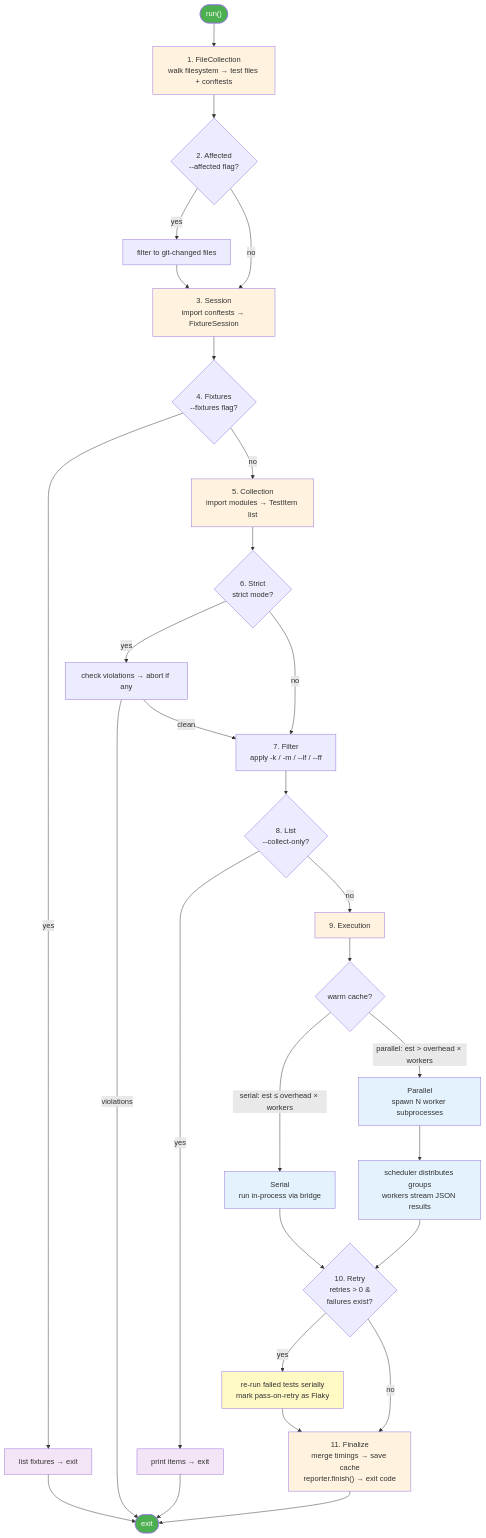
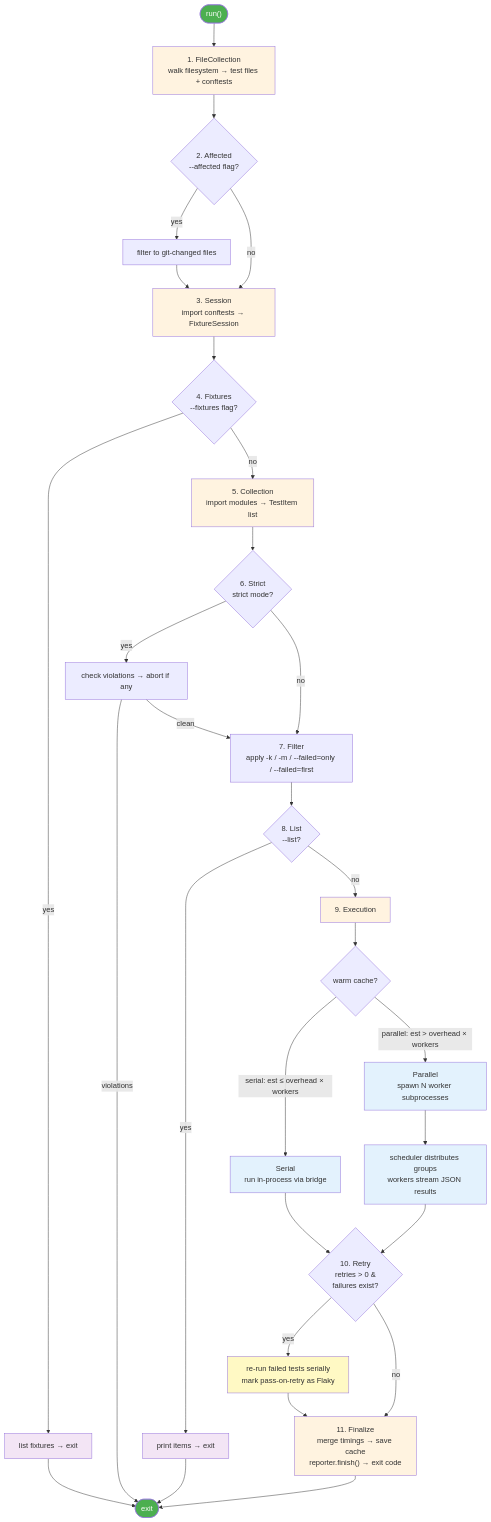
The second of 2 diagrams in docs/src/contributing/architecture.md (kalonji-tools/oxitest), drawn with Mermaid before and after one commit. The commit also changed other lines of this file and 7 other files, not shown here.

First line of the commit message:
docs: fix CLI reference, errors.md examples, architecture flags, and more

````diff
--- a/docs/src/contributing/architecture.md
+++ b/docs/src/contributing/architecture.md
@@ -103,71 +103,71 @@
 ```mermaid
 flowchart TD
     START(["run()"])
 
     FC["1. FileCollection<br/>walk filesystem → test files + conftests"]
     AF{"2. Affected<br/>--affected flag?"}
     AF_Y["filter to git-changed files"]
     SE["3. Session<br/>import conftests → FixtureSession"]
     FX{"4. Fixtures<br/>--fixtures flag?"}
     FX_Y["list fixtures → exit"]
     CO["5. Collection<br/>import modules → TestItem list"]
     ST{"6. Strict<br/>strict mode?"}
     ST_Y["check violations → abort if any"]
-    FI["7. Filter<br/>apply -k / -m / --lf / --ff"]
-    LI{"8. List<br/>--collect-only?"}
+    FI["7. Filter<br/>apply -k / -m / --failed=only / --failed=first"]
+    LI{"8. List<br/>--list?"}
     LI_Y["print items → exit"]
 
     EX["9. Execution"]
     DECIDE{"warm cache?"}
     SERIAL["Serial<br/>run in-process via bridge"]
     PAR["Parallel<br/>spawn N worker subprocesses"]
     PAR_DETAIL["scheduler distributes groups<br/>workers stream JSON results"]
 
     RT{"10. Retry<br/>retries > 0 &<br/>failures exist?"}
     RT_Y["re-run failed tests serially<br/>mark pass-on-retry as Flaky"]
 
     FIN["11. Finalize<br/>merge timings → save cache<br/>reporter.finish() → exit code"]
 
     DONE(["exit"])
 
     START --> FC
     FC --> AF
     AF -->|yes| AF_Y --> SE
     AF -->|no| SE
     SE --> FX
     FX -->|yes| FX_Y --> DONE
     FX -->|no| CO
     CO --> ST
     ST -->|yes| ST_Y
     ST_Y -->|violations| DONE
     ST_Y -->|clean| FI
     ST -->|no| FI
     FI --> LI
     LI -->|yes| LI_Y --> DONE
     LI -->|no| EX
 
     EX --> DECIDE
     DECIDE -->|"serial: est ≤ overhead × workers"| SERIAL
     DECIDE -->|"parallel: est > overhead × workers"| PAR
     PAR --> PAR_DETAIL
     SERIAL --> RT
     PAR_DETAIL --> RT
 
     RT -->|yes| RT_Y --> FIN
     RT -->|no| FIN
     FIN --> DONE
 
     style START fill:#4CAF50,color:#fff
     style DONE fill:#4CAF50,color:#fff
     style FC fill:#fff3e0
     style SE fill:#fff3e0
     style CO fill:#fff3e0
     style EX fill:#fff3e0
     style FIN fill:#fff3e0
     style SERIAL fill:#e3f2fd
     style PAR fill:#e3f2fd
     style PAR_DETAIL fill:#e3f2fd
     style RT_Y fill:#fff9c4
     style FX_Y fill:#f3e5f5
     style LI_Y fill:#f3e5f5
 ```
````
